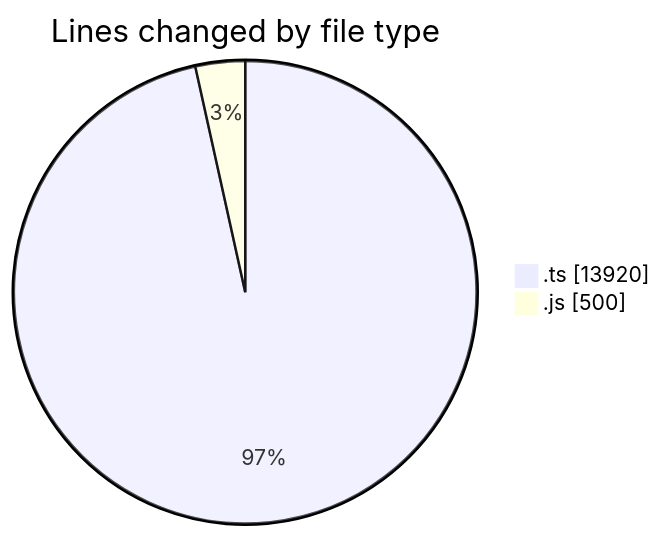
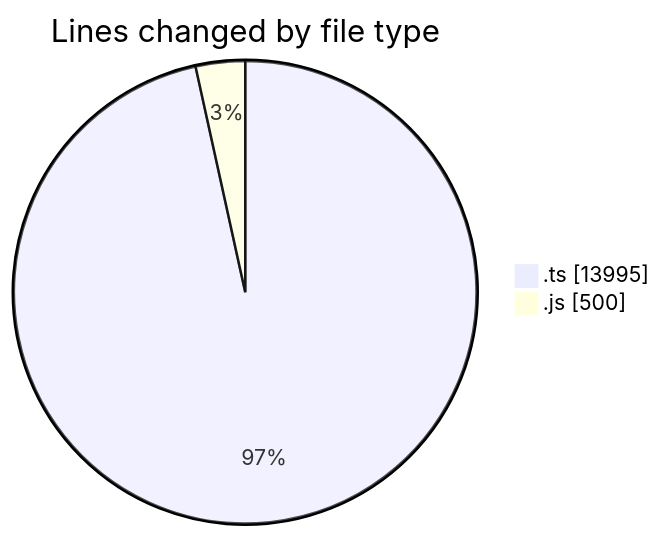
One commit to momahboobian/code-tracking changed the first of 2 diagrams in 2025-06-26/cda/README.md. Above: the diagram before and after it, drawn with Mermaid. The commit also changed other lines of this file and 1 other file, not shown here.

````diff
--- a/2025-06-26/cda/README.md
+++ b/2025-06-26/cda/README.md
@@ -25,6 +26,6 @@
 ```mermaid
 pie showData
 title Lines changed by file type
-".ts" : 13920
+".ts" : 13995
 ".js" : 500
 ```
````
